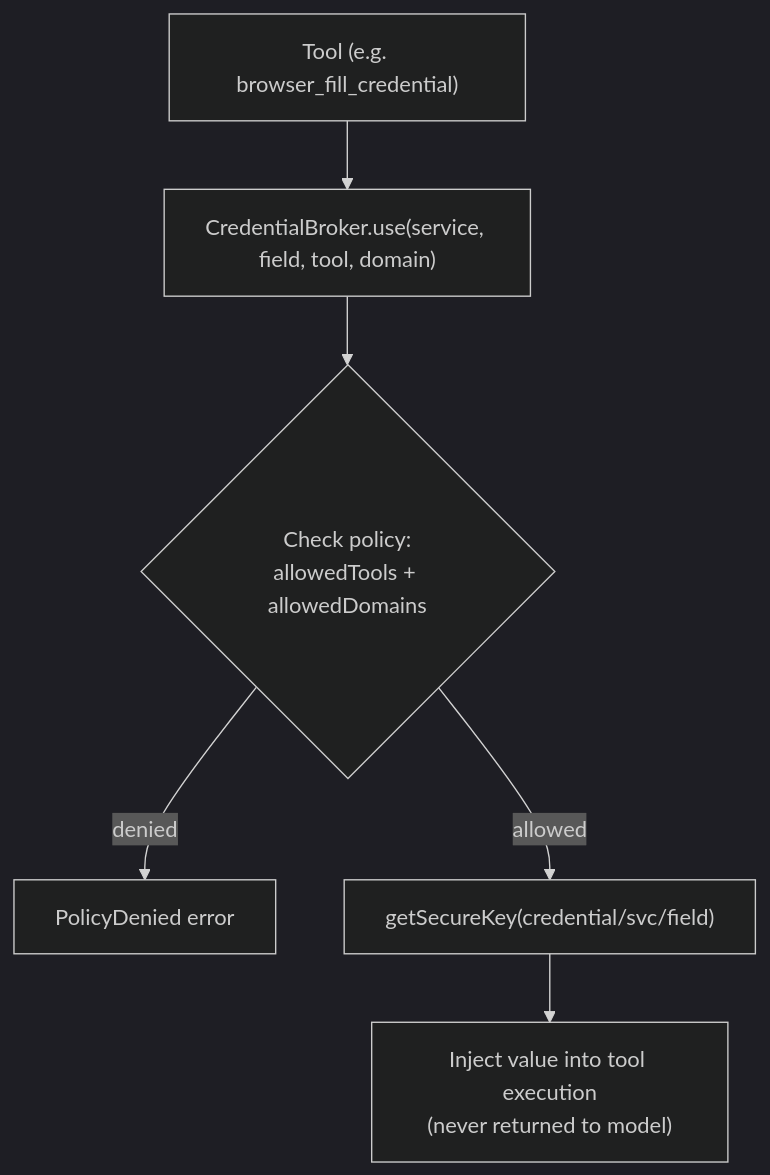
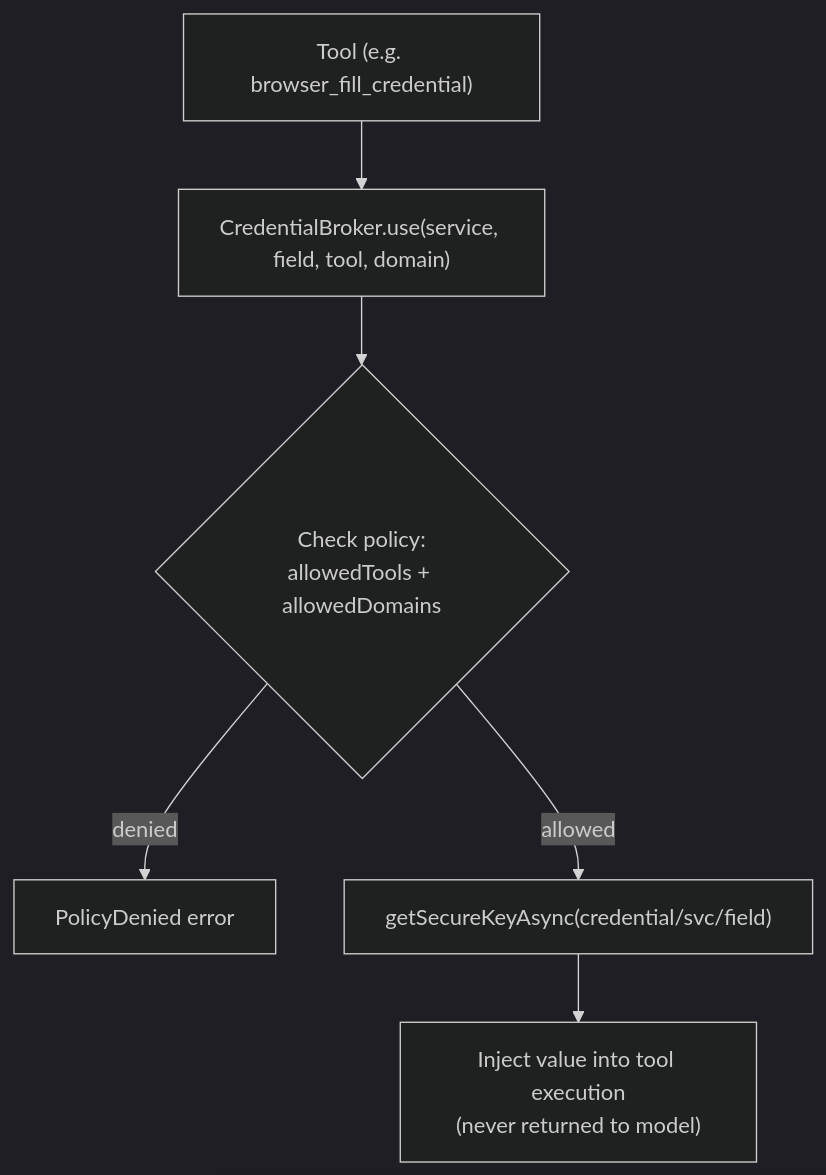
The fourth of 5 diagrams in assistant/docs/architecture/security.md (vellum-ai/vellum-assistant), drawn with Mermaid (dark theme) before and after one commit. The commit also changed other lines of this file and 11 other files, not shown here.

Commit message:
refactor: delete sync getSecureKey/setSecureKey/deleteSecureKey and update docs

````diff
--- a/assistant/docs/architecture/security.md
+++ b/assistant/docs/architecture/security.md
@@ -270,8 +270,8 @@
 ```mermaid
 graph TB
     TOOL["Tool (e.g. browser_fill_credential)"] --> BROKER["CredentialBroker.use(service, field, tool, domain)"]
     BROKER --> POLICY{"Check policy:<br/>allowedTools + allowedDomains"}
     POLICY -->|denied| REJECT["PolicyDenied error"]
-    POLICY -->|allowed| FETCH["getSecureKey(credential/svc/field)"]
+    POLICY -->|allowed| FETCH["getSecureKeyAsync(credential/svc/field)"]
     FETCH --> INJECT["Inject value into tool execution<br/>(never returned to model)"]
 ```
````
